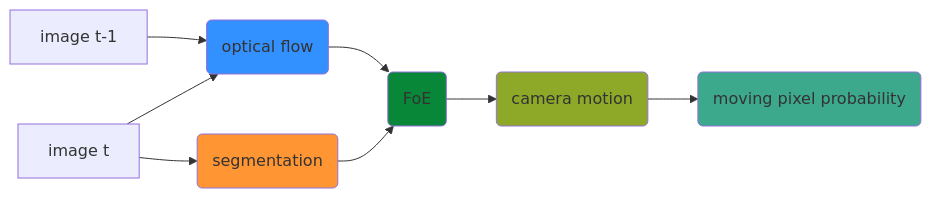
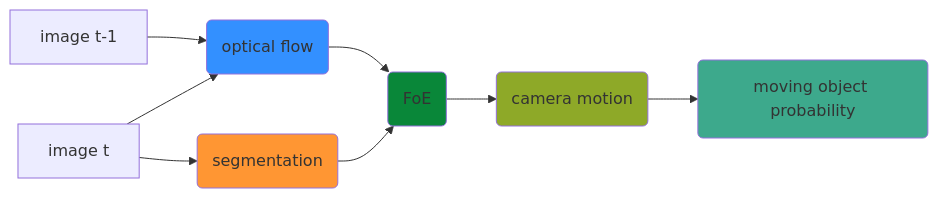
Before and after one commit to MasahiroOgawa/reconstruct4D: the diagram in doc/flowchart_whole.md, drawn with Mermaid. The commit also changed 1 other file, not shown here.

Commit message:
update flow chart for detecting moving object.

````diff
--- a/doc/flowchart_whole.md
+++ b/doc/flowchart_whole.md
@@ -1,16 +1,16 @@
 ```mermaid
 flowchart LR
     imgt-1[image t-1] --> flow(optical flow)
     imgt[image t] --> flow
     imgt --> seg(segmentation)
     flow --> foe(FoE)
     seg --> foe
     foe --> cam(camera motion)
-    cam --> movpix(moving pixel probability)
+    cam --> movpix(moving object probability)
 
     style flow fill:#3390FF
     style foe fill:#098739
     style cam fill: #8EA928
     style movpix fill: #3DA98C
     style seg fill:#FF9633
 ```
````
